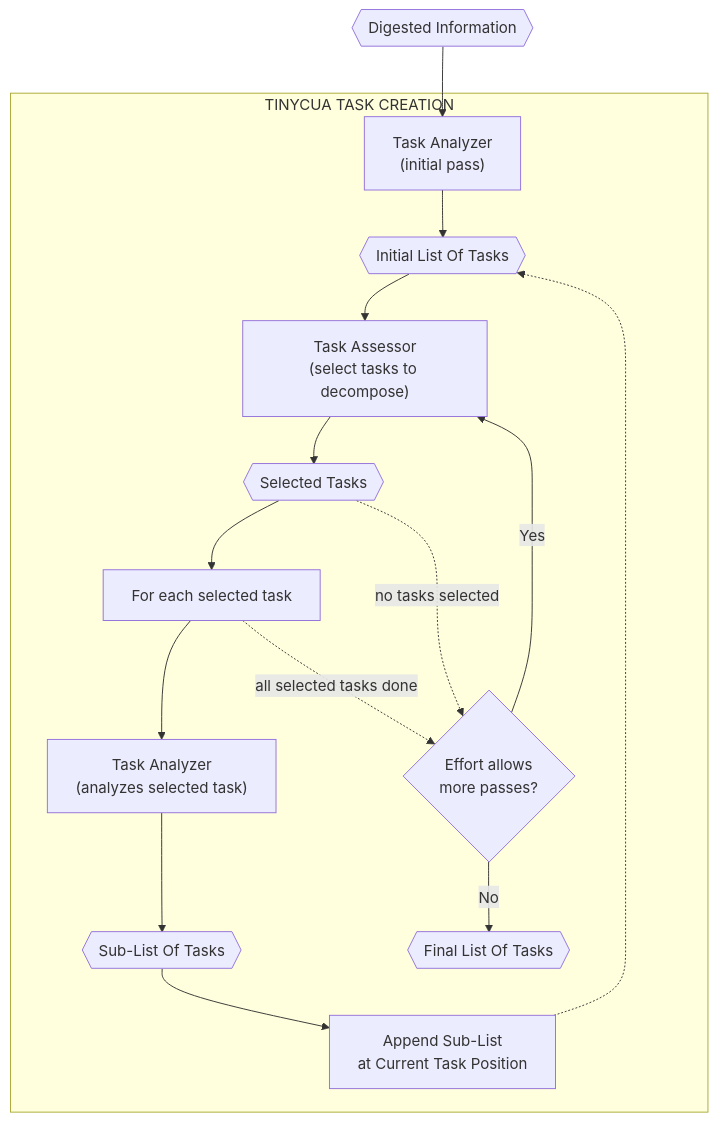
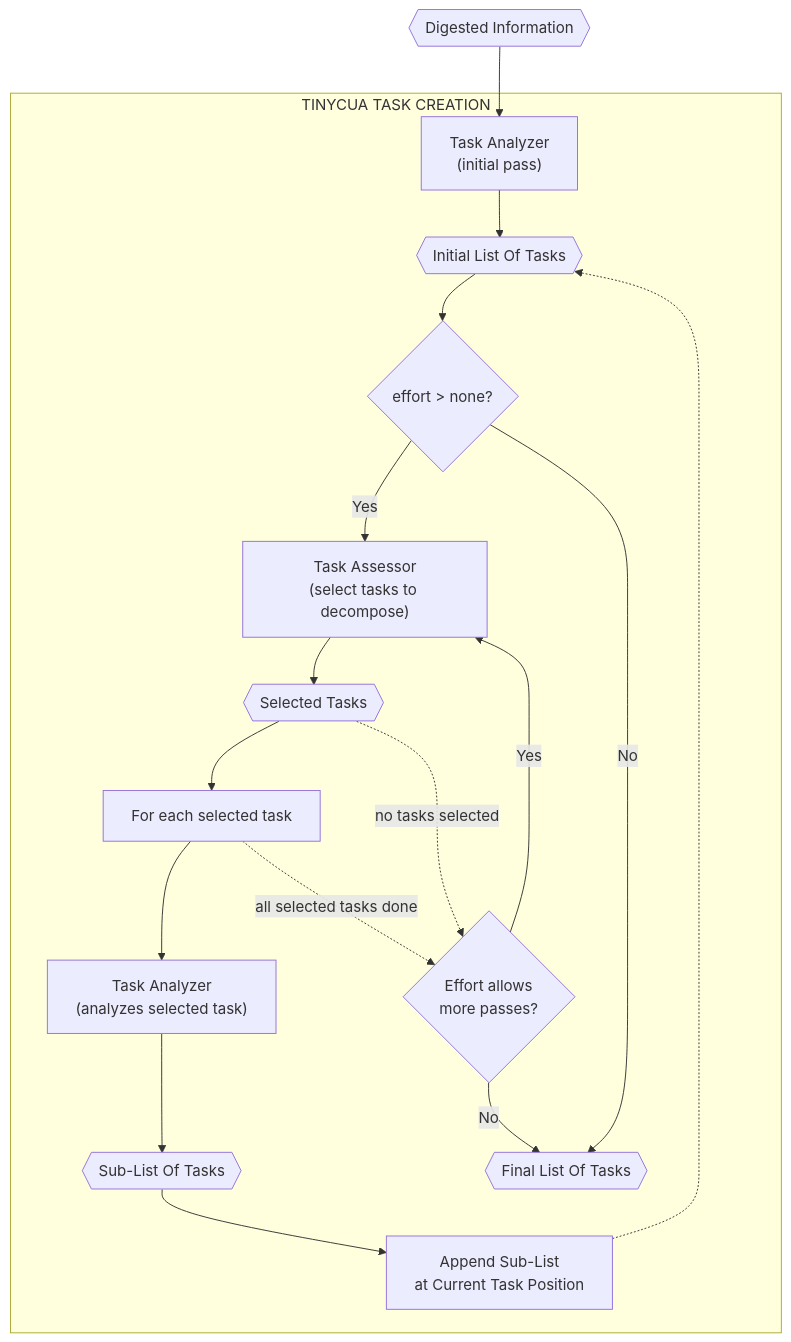
Before and after one commit to VJyzCELERY/TINYCUA: the diagram in src/tinycua/docs/architecture/task-creation.md, drawn with Mermaid. The commit also changed 3 other files, not shown here.

First line of the commit message:
docs(tinycua): fix review findings — Mermaid effort fork, See also link, verbose row, legend heading

````diff
--- a/src/tinycua/docs/architecture/task-creation.md
+++ b/src/tinycua/docs/architecture/task-creation.md
@@ -57,31 +57,34 @@
 ```mermaid
 flowchart TD
     subgraph TC["TINYCUA TASK CREATION"]
         TA_INIT["Task Analyzer\n(initial pass)"]
         LOT_INIT{{"Initial List Of Tasks"}}
+        DEC_EFFORT{"effort > none?"}
         TASSESS["Task Assessor\n(select tasks to decompose)"]
         SELECTED{{"Selected Tasks"}}
         ITER["For each selected task"]
         TA_DECOMP["Task Analyzer\n(analyzes selected task)"]
         SUB_LIST{{"Sub-List Of Tasks"}}
         APPEND["Append Sub-List\nat Current Task Position"]
         DEC_MORE{"Effort allows\nmore passes?"}
         FLOT{{"Final List Of Tasks"}}
     end
 
     DI{{"Digested Information"}}
 
     DI --> TA_INIT
     TA_INIT --> LOT_INIT
-    LOT_INIT --> TASSESS
+    LOT_INIT --> DEC_EFFORT
+    DEC_EFFORT -->|Yes| TASSESS
+    DEC_EFFORT -->|No| FLOT
     TASSESS --> SELECTED
     SELECTED --> ITER
     ITER --> TA_DECOMP
     TA_DECOMP --> SUB_LIST
     SUB_LIST --> APPEND
     APPEND -.-> LOT_INIT
     SELECTED -. "no tasks selected" .-> DEC_MORE
     ITER -. "all selected tasks done" .-> DEC_MORE
     DEC_MORE -->|Yes| TASSESS
     DEC_MORE -->|No| FLOT
 ```
````
